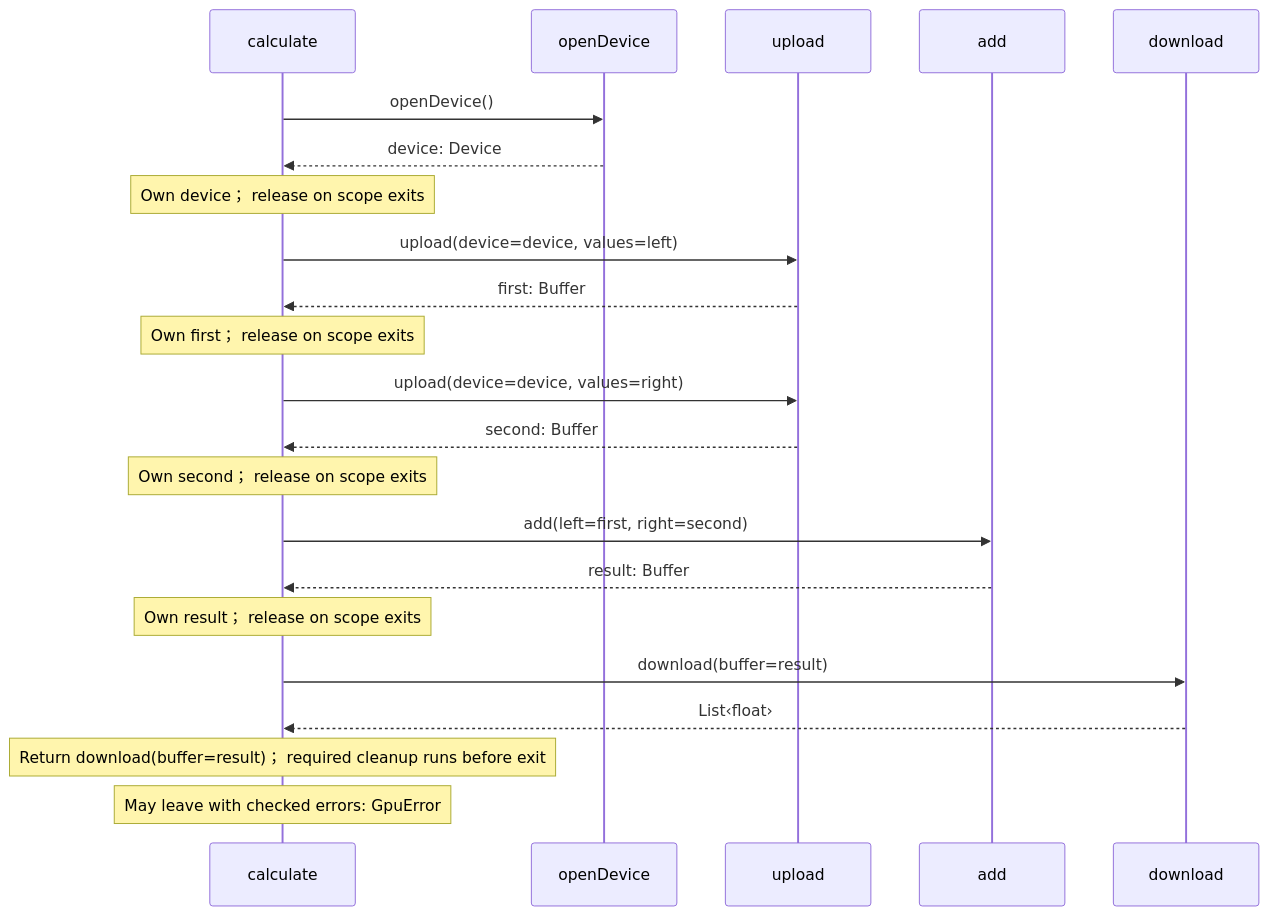
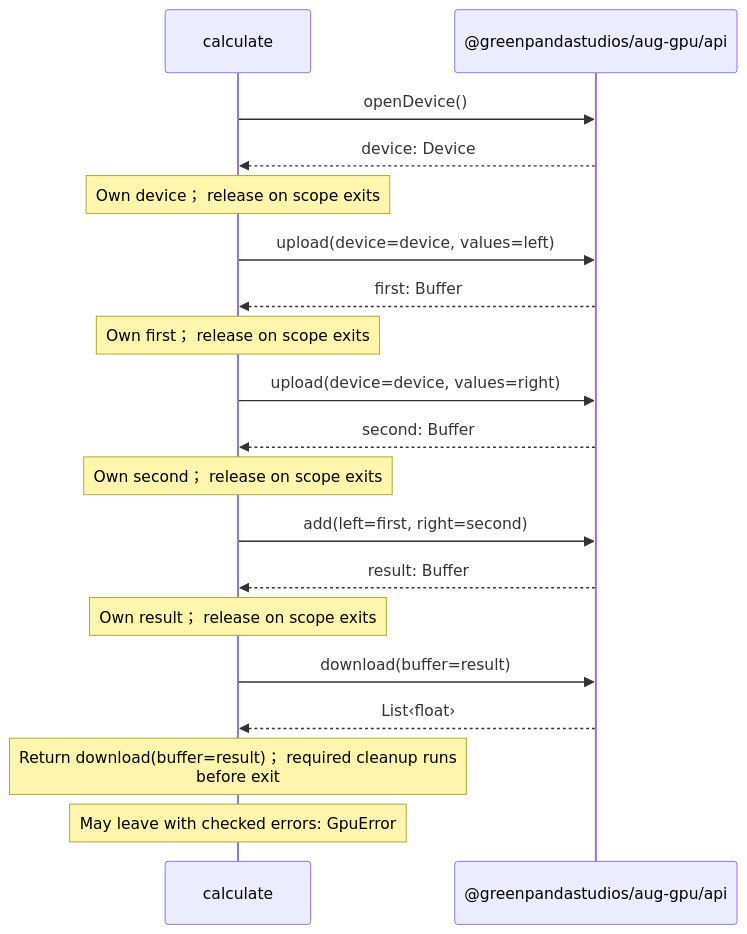
One commit to GreenPandaStudios/augscript changed the second of 2 diagrams in docs/examples/native-gpu/compute-diagrams.md. Above: the diagram before and after it, drawn with Mermaid. The commit also changed 200 other files, not shown here.

Commit message:
Group imported operations and wrap readable sequence messages

````diff
--- a/docs/examples/native-gpu/compute-diagrams.md
+++ b/docs/examples/native-gpu/compute-diagrams.md
@@ -47,24 +47,21 @@
 ```mermaid
 sequenceDiagram
     participant p0 as calculate
-    participant p1 as openDevice
-    participant p2 as upload
-    participant p3 as add
-    participant p4 as download
+    participant p1 as @greenpandastudios/aug-gpu/api
     p0->>p1: openDevice()
     p1-->>p0: device: Device
     Note over p0: Own device； release on scope exits
-    p0->>p2: upload(device=device, values=left)
-    p2-->>p0: first: Buffer
+    p0->>p1: upload(device=device, values=left)
+    p1-->>p0: first: Buffer
     Note over p0: Own first； release on scope exits
-    p0->>p2: upload(device=device, values=right)
-    p2-->>p0: second: Buffer
+    p0->>p1: upload(device=device, values=right)
+    p1-->>p0: second: Buffer
     Note over p0: Own second； release on scope exits
-    p0->>p3: add(left=first, right=second)
-    p3-->>p0: result: Buffer
+    p0->>p1: add(left=first, right=second)
+    p1-->>p0: result: Buffer
     Note over p0: Own result； release on scope exits
-    p0->>p4: download(buffer=result)
-    p4-->>p0: List‹float›
-    Note over p0: Return download(buffer=result)； required cleanup runs before exit
+    p0->>p1: download(buffer=result)
+    p1-->>p0: List‹float›
+    Note over p0: Return download(buffer=result)； required cleanup runs<br/>before exit
     Note over p0: May leave with checked errors: GpuError
 ```
````
